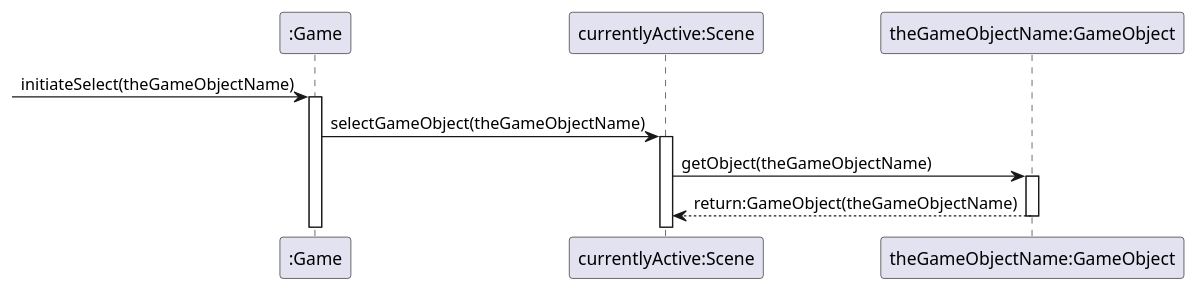
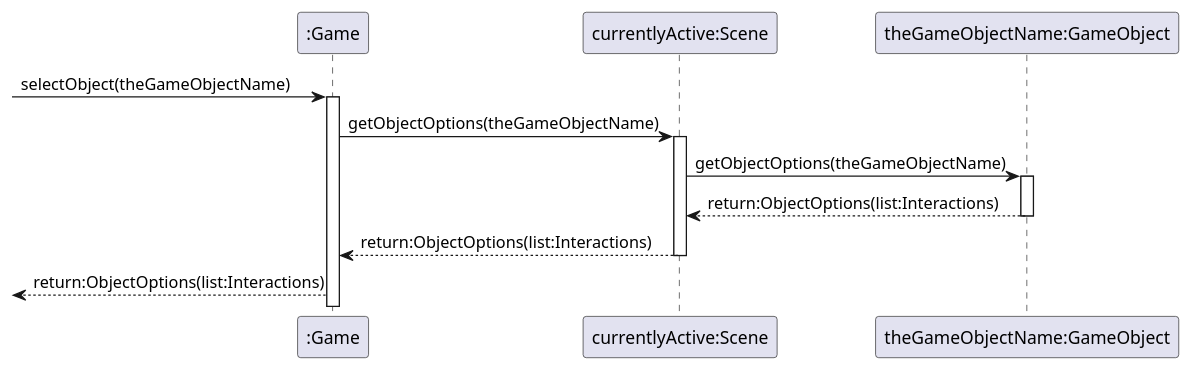
One commit to EdvinKristiansson/PA1459 changed the diagram in selectGameObject.plantuml. Above: the diagram before and after it, drawn with PlantUML.

```diff
--- a/selectGameObject.plantuml
+++ b/selectGameObject.plantuml
@@ -1,16 +1,19 @@
 @startuml
 
 participant ":Game" as gm
 participant "currentlyActive:Scene" as sc
 participant "theGameObjectName:GameObject" as go
 
--> gm : initiateSelect(theGameObjectName)
+-> gm : selectObject(theGameObjectName)
 activate gm
-gm -> sc :selectGameObject(theGameObjectName)
+gm -> sc :getObjectOptions(theGameObjectName)
 activate sc
-sc -> go :getObject(theGameObjectName)
+sc -> go :getObjectOptions(theGameObjectName)
 activate go
-go --> sc :return:GameObject(theGameObjectName)
+go --> sc :return:ObjectOptions(list:Interactions)
 deactivate go
+sc --> gm :return:ObjectOptions(list:Interactions)
+deactivate sc
+<-- gm :return:ObjectOptions(list:Interactions)
 
 @enduml
```
